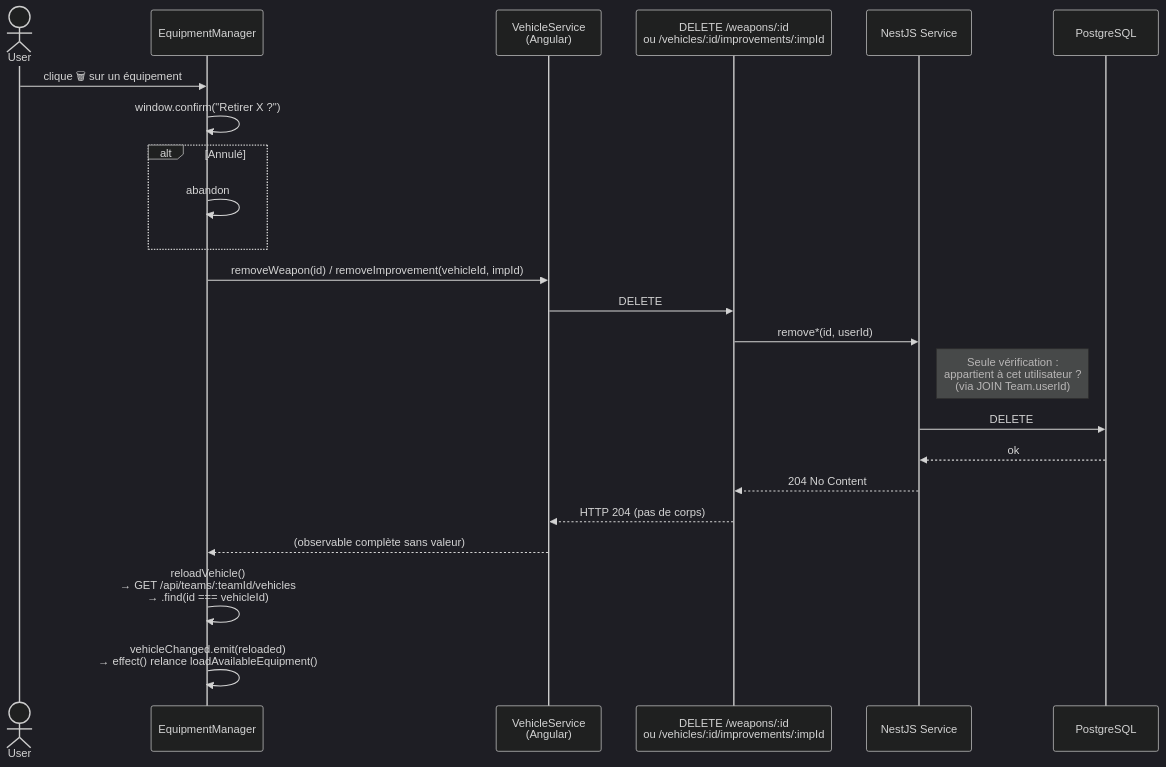
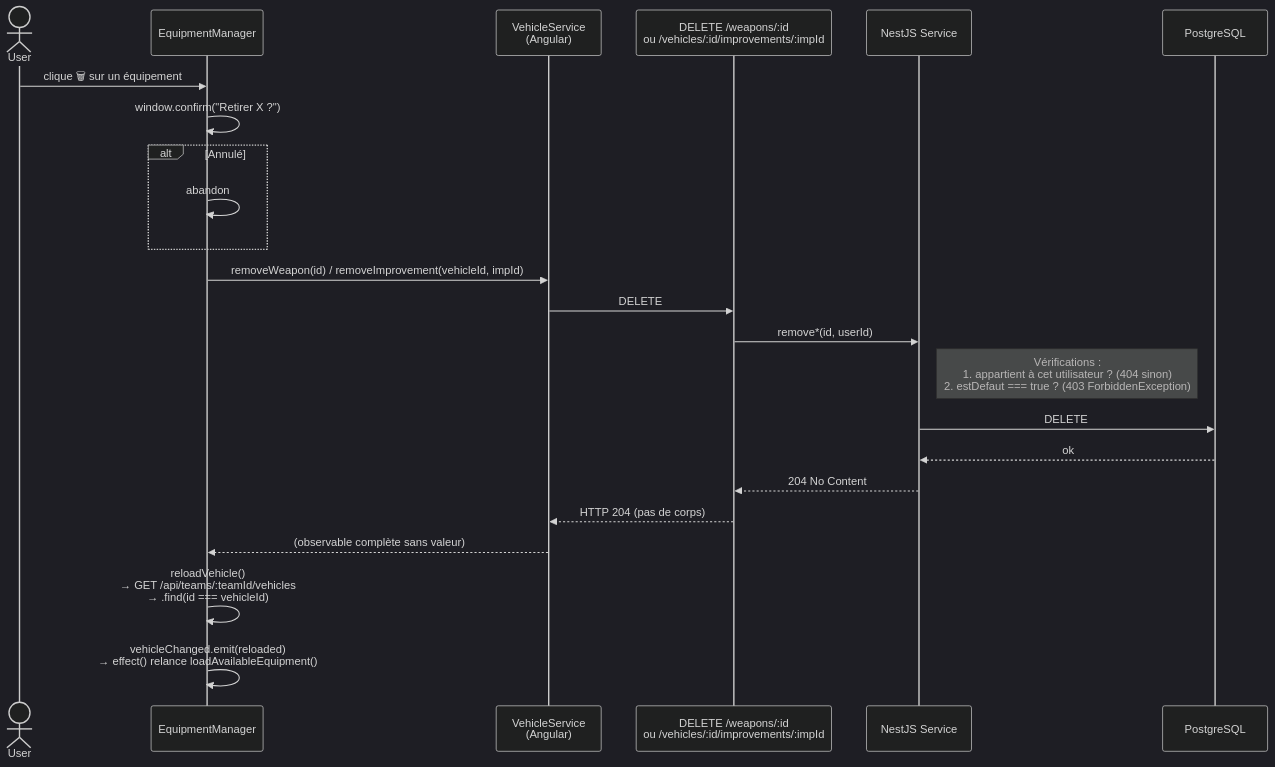
Before and after one commit to arnaudbracchetti/gaslands-manager: the sixth of 7 diagrams in docs/VEHICLE_SYSTEM.md, drawn with Mermaid (dark theme). The commit also changed other lines of this file and 24 other files, not shown here.

````diff
--- a/docs/VEHICLE_SYSTEM.md
+++ b/docs/VEHICLE_SYSTEM.md
@@ -468,28 +491,28 @@
 ```mermaid
 sequenceDiagram
     actor User
     participant EM as EquipmentManager
     participant VS as VehicleService<br/>(Angular)
     participant API as DELETE /weapons/:id<br/>ou /vehicles/:id/improvements/:impId
     participant BVSS as NestJS Service
     participant DB as PostgreSQL
 
     User->>EM: clique 🗑 sur un équipement
     EM->>EM: window.confirm("Retirer X ?")
     alt Annulé
         EM->>EM: abandon
     end
 
     EM->>VS: removeWeapon(id) / removeImprovement(vehicleId, impId)
     VS->>API: DELETE
     API->>BVSS: remove*(id, userId)
-    Note right of BVSS: Seule vérification :<br/>appartient à cet utilisateur ?<br/>(via JOIN Team.userId)
+    Note right of BVSS: Vérifications :<br/>1. appartient à cet utilisateur ? (404 sinon)<br/>2. estDefaut === true ? (403 ForbiddenException)
     BVSS->>DB: DELETE
     DB-->>BVSS: ok
     BVSS-->>API: 204 No Content
     API-->>VS: HTTP 204 (pas de corps)
 
     VS-->>EM: (observable complète sans valeur)
     EM->>EM: reloadVehicle()<br/>→ GET /api/teams/:teamId/vehicles<br/>→ .find(id === vehicleId)
     EM->>EM: vehicleChanged.emit(reloaded)<br/>→ effect() relance loadAvailableEquipment()
 ```
````
